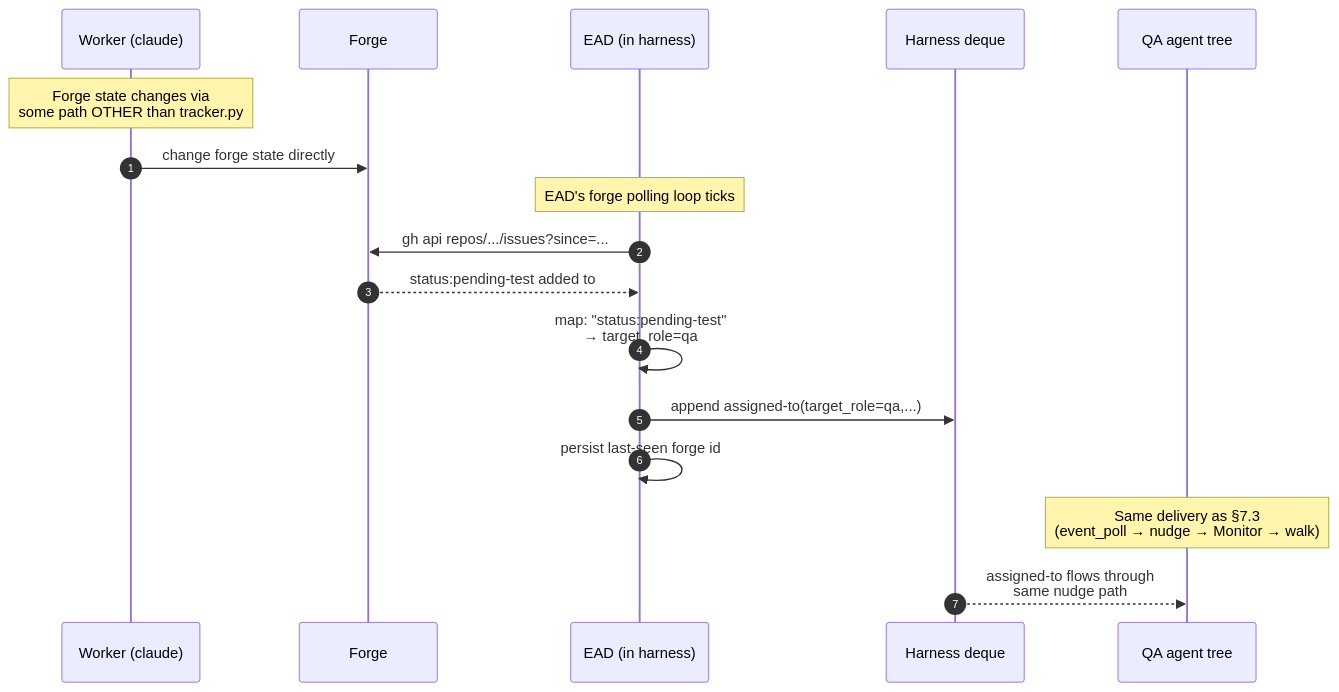
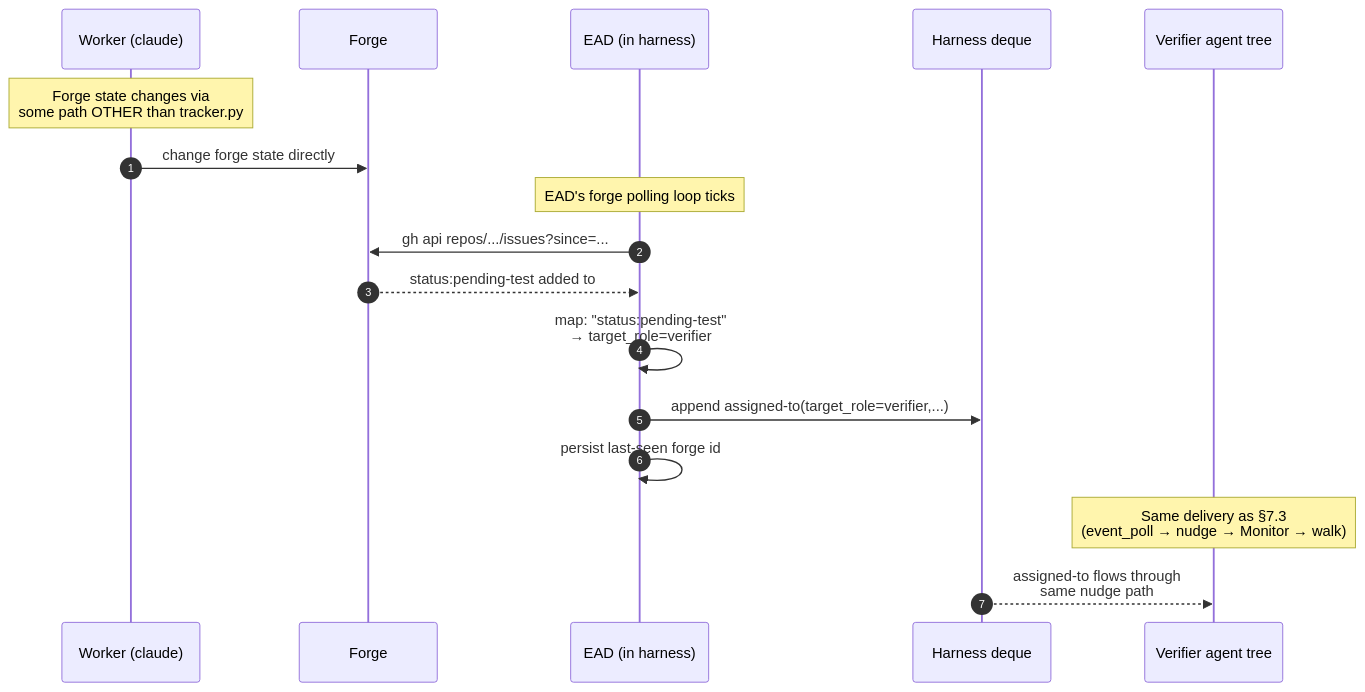
One commit to WallyDoodlez/SquidSquad changed diagram 14 of 16 in docs/AGENT-RUNTIME.md. Above: the diagram before and after it, drawn with Mermaid. The commit also changed other lines of this file, not shown here.

First line of the commit message:
pm: AGENT-RUNTIME — sweep qa → verifier post-#6274 (16 references)

````diff
--- a/docs/AGENT-RUNTIME.md
+++ b/docs/AGENT-RUNTIME.md
@@ -871,22 +871,22 @@
 ```mermaid
 sequenceDiagram
     autonumber
     participant W as Worker (claude)
     participant F as Forge
     participant EAD as EAD (in harness)
     participant H as Harness deque
-    participant V as QA agent tree
+    participant V as Verifier agent tree
 
     Note over W: Forge state changes via<br/>some path OTHER than tracker.py
     W->>F: change forge state directly
 
     Note over EAD: EAD's forge polling loop ticks
     EAD->>F: gh api repos/.../issues?since=...
     F-->>EAD: status:pending-test added to #9926
-    EAD->>EAD: map: "status:pending-test"<br/>→ target_role=qa
-    EAD->>H: append assigned-to(target_role=qa,...)
+    EAD->>EAD: map: "status:pending-test"<br/>→ target_role=verifier
+    EAD->>H: append assigned-to(target_role=verifier,...)
     EAD->>EAD: persist last-seen forge id
 
     Note over V: Same delivery as §7.3<br/>(event_poll → nudge → Monitor → walk)
     H-->>V: assigned-to flows through<br/>same nudge path
 ```
````
